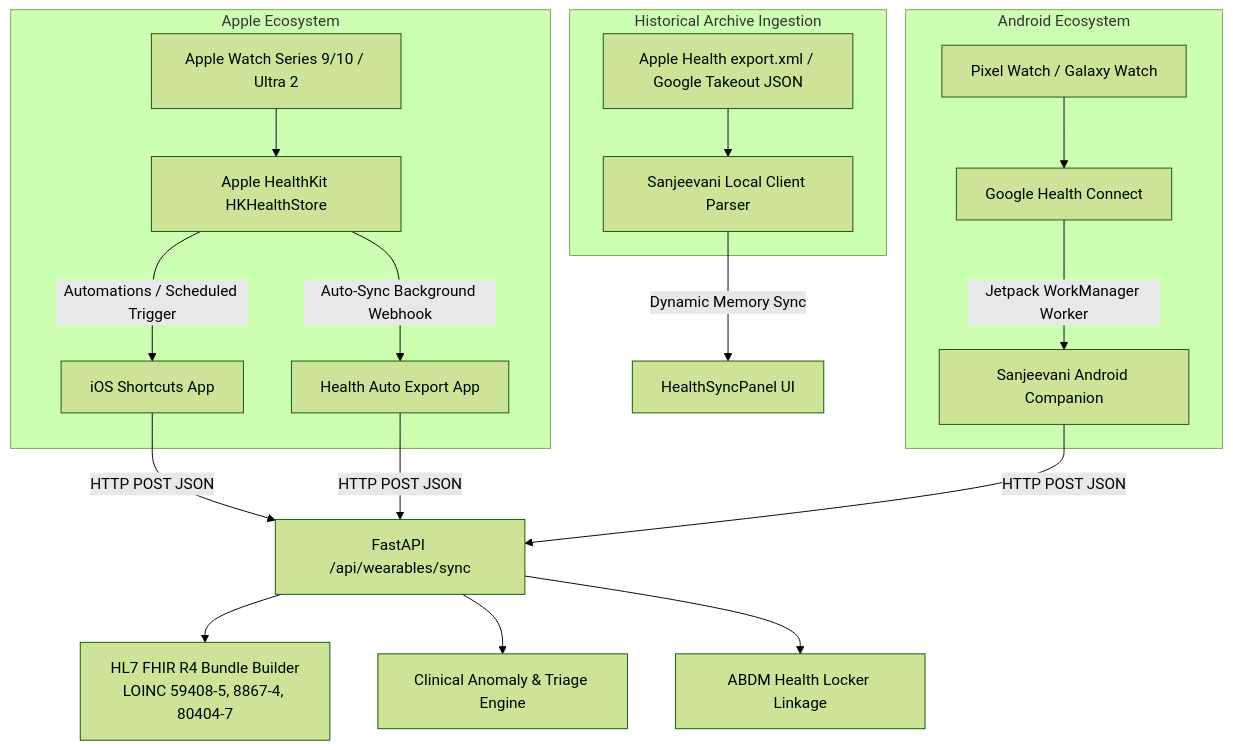
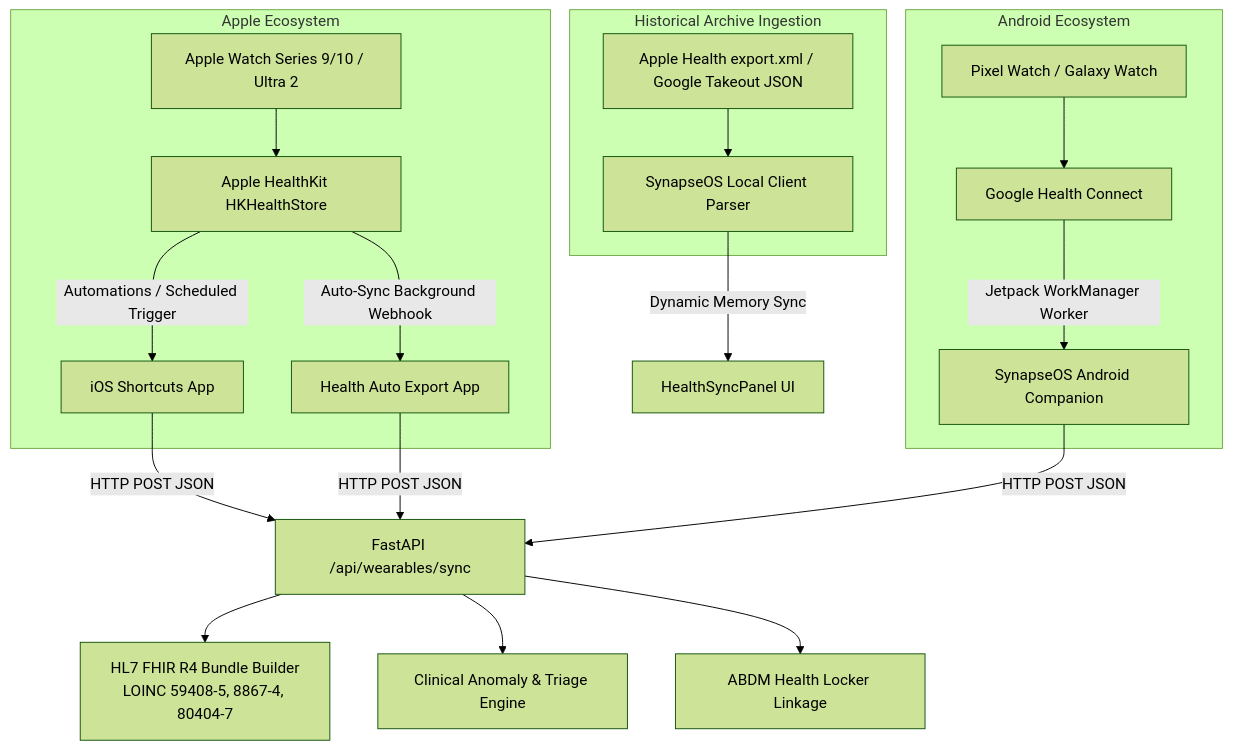
Before and after one commit to livingmangal/Synapse-OS: the diagram in docs/WEARABLE_BRIDGE_SPEC.md, drawn with Mermaid (forest theme). The commit also changed other lines of this file and 109 other files, not shown here.

````diff
--- a/docs/WEARABLE_BRIDGE_SPEC.md
+++ b/docs/WEARABLE_BRIDGE_SPEC.md
@@ -9,26 +9,26 @@
 ```mermaid
 flowchart TD
     subgraph iOS_Ecosystem [Apple Ecosystem]
         AW[Apple Watch Series 9/10 / Ultra 2] --> HK[Apple HealthKit HKHealthStore]
         HK -->|Automations / Scheduled Trigger| Shortcut[iOS Shortcuts App]
         HK -->|Auto-Sync Background Webhook| AutoExport[Health Auto Export App]
     end
 
     subgraph Android_Ecosystem [Android Ecosystem]
         PW[Pixel Watch / Galaxy Watch] --> HC[Google Health Connect]
-        HC -->|Jetpack WorkManager Worker| AndroidBridge[Sanjeevani Android Companion]
+        HC -->|Jetpack WorkManager Worker| AndroidBridge[SynapseOS Android Companion]
     end
 
     subgraph Historical_Archives [Historical Archive Ingestion]
-        Zip[Apple Health export.xml / Google Takeout JSON] --> WebDrop[Sanjeevani Local Client Parser]
+        Zip[Apple Health export.xml / Google Takeout JSON] --> WebDrop[SynapseOS Local Client Parser]
     end
 
     Shortcut -->|HTTP POST JSON| Endpoint["FastAPI /api/wearables/sync"]
     AutoExport -->|HTTP POST JSON| Endpoint
     AndroidBridge -->|HTTP POST JSON| Endpoint
     WebDrop -->|Dynamic Memory Sync| Frontend[HealthSyncPanel UI]
 
     Endpoint --> FHIR[HL7 FHIR R4 Bundle Builder\nLOINC 59408-5, 8867-4, 80404-7]
     Endpoint --> Anomaly[Clinical Anomaly & Triage Engine]
     Endpoint --> ABHA[ABDM Health Locker Linkage]
 ```
````
